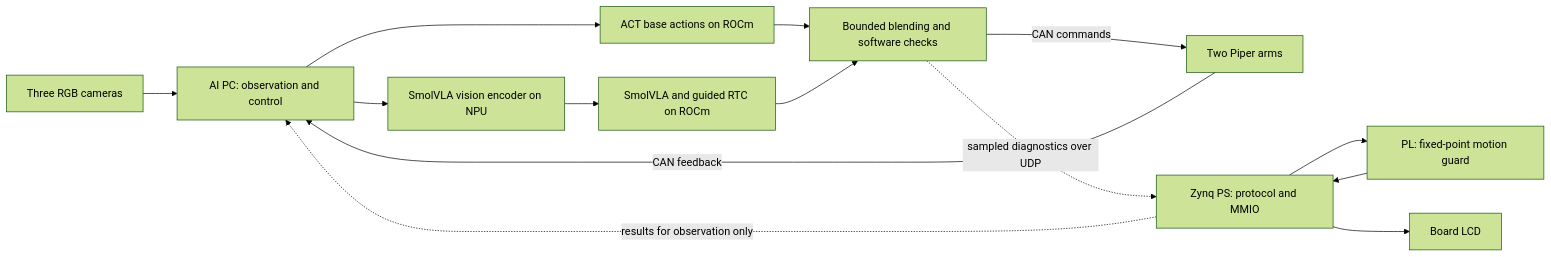
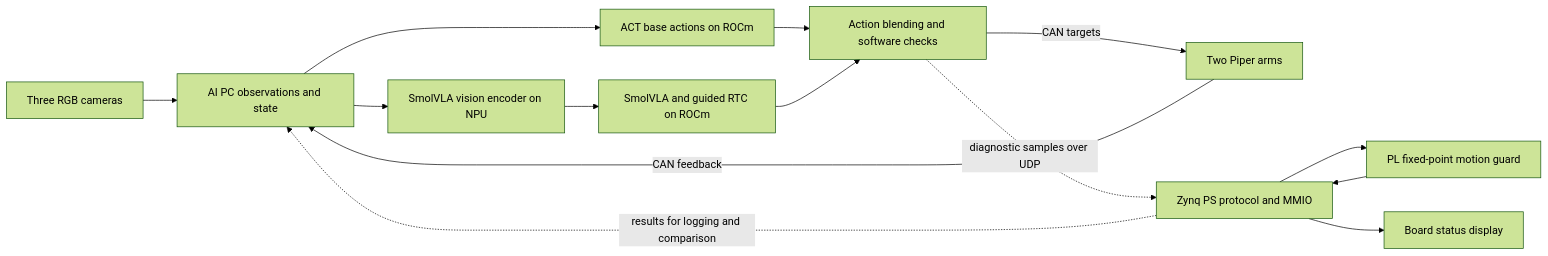
Before and after one commit to JJ66-git/bimanual-towel-folding-ryzen-zynq: the diagram in readme.md, drawn with Mermaid (forest theme). The commit also changed other lines of this file and 6 other files, not shown here.

````diff
--- a/readme.md
+++ b/readme.md
@@ -15,16 +31,16 @@
 ```mermaid
 flowchart LR
-  C[Three RGB cameras] --> PC[AI PC: observation and control]
-  R[Two Piper arms] -->|CAN feedback| PC
-  PC --> ACT[ACT base actions on ROCm]
-  PC --> V[SmolVLA vision encoder on NPU]
+  C[Three RGB cameras] --> O[AI PC observations and state]
+  R[Two Piper arms] -->|CAN feedback| O
+  O --> A[ACT base actions on ROCm]
+  O --> V[SmolVLA vision encoder on NPU]
   V --> S[SmolVLA and guided RTC on ROCm]
-  ACT --> B[Bounded blending and software checks]
+  A --> B[Action blending and software checks]
   S --> B
-  B -->|CAN commands| R
-  B -. sampled diagnostics over UDP .-> PS[Zynq PS: protocol and MMIO]
-  PS --> PL[PL: fixed-point motion guard]
+  B -->|CAN targets| R
+  B -. diagnostic samples over UDP .-> PS[Zynq PS protocol and MMIO]
+  PS --> PL[PL fixed-point motion guard]
   PL --> PS
-  PS -. results for observation only .-> PC
-  PS --> LCD[Board LCD]
+  PS -. results for logging and comparison .-> O
+  PS --> LCD[Board status display]
 ```
````
